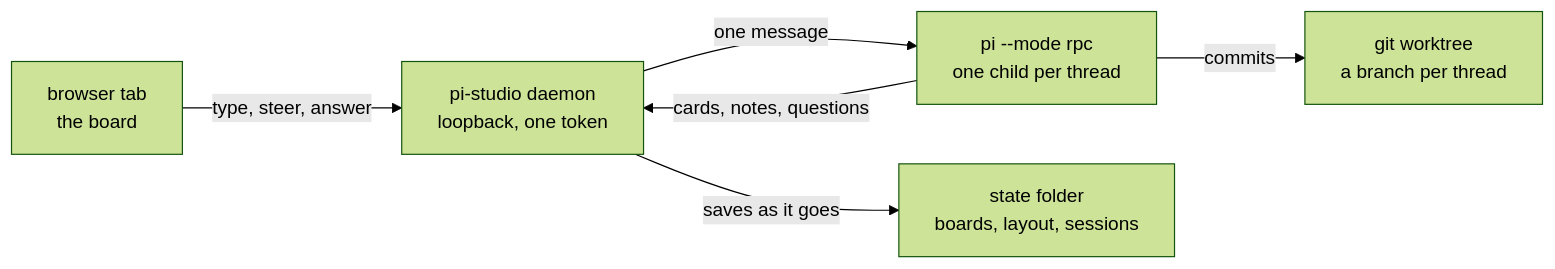
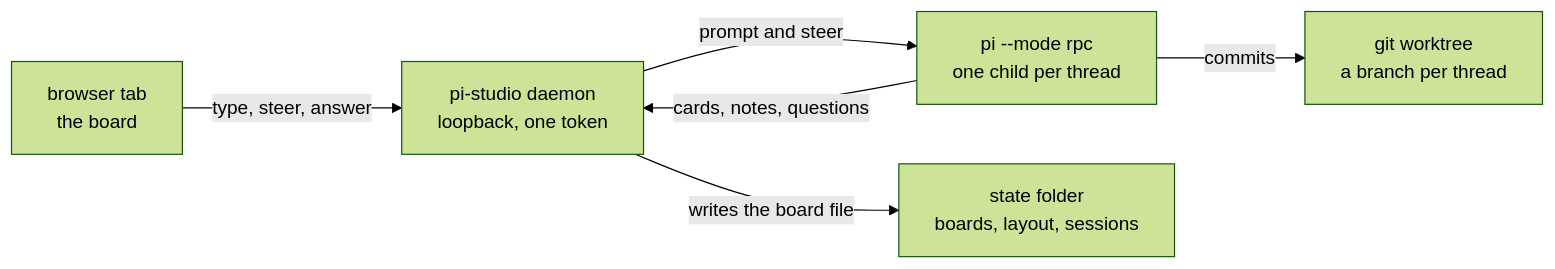
One commit to theMladyPan/pi-studio changed the diagram in README.md. Above: the diagram before and after it, drawn with Mermaid (forest theme). The commit also changed other lines of this file, not shown here.

````diff
--- a/README.md
+++ b/README.md
@@ -52,14 +89,14 @@
 ```mermaid
 flowchart LR
   tab["browser tab<br>the board"]
   daemon["pi-studio daemon<br>loopback, one token"]
   agent["pi --mode rpc<br>one child per thread"]
   tree["git worktree<br>a branch per thread"]
   state["state folder<br>boards, layout, sessions"]
 
   tab -- "type, steer, answer" --> daemon
-  daemon -- "one message" --> agent
+  daemon -- "prompt and steer" --> agent
   agent -- "cards, notes, questions" --> daemon
   agent -- "commits" --> tree
-  daemon -- "saves as it goes" --> state
+  daemon -- "writes the board file" --> state
 ```
````
